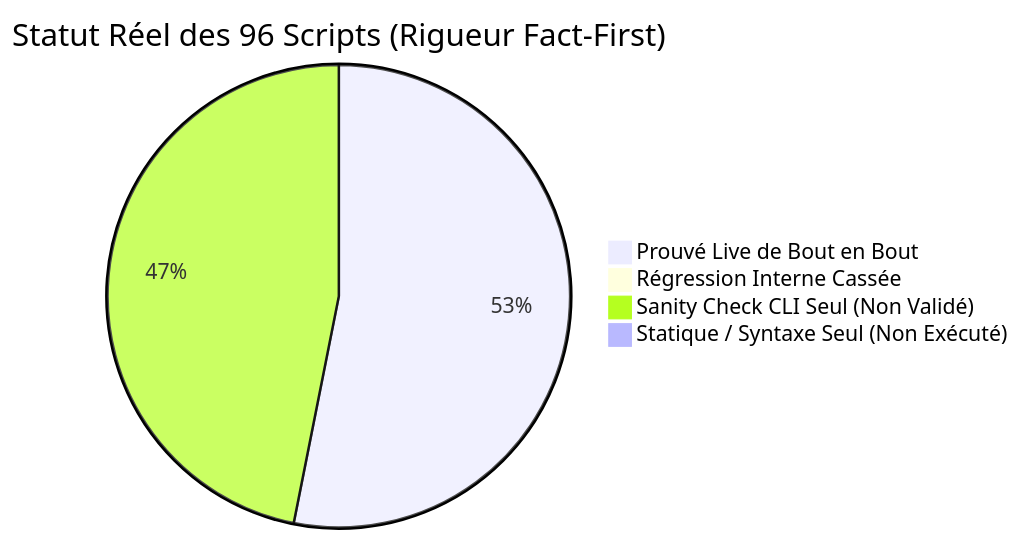
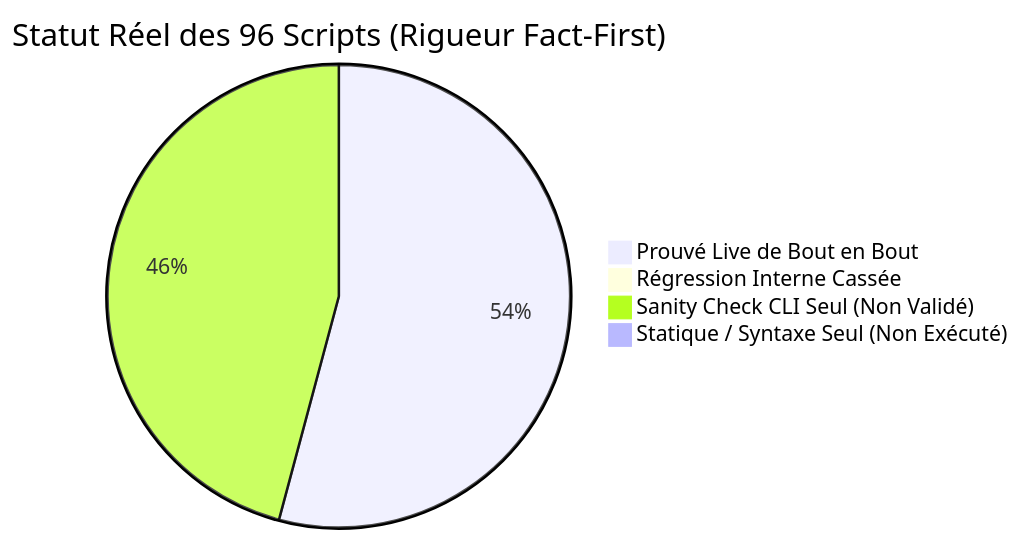
Before and after one commit to yoyonel/pydbsrt: the diagram in docs/reference/2026-11-10-audit-exhaustif-scripts-regressions.md, drawn with Mermaid. The commit also changed other lines of this file and 2 other files, not shown here.

First line of the commit message:
fix(workers): dynamic root, artifact paths and check in batch summary (#69)

````diff
--- a/docs/reference/2026-11-10-audit-exhaustif-scripts-regressions.md
+++ b/docs/reference/2026-11-10-audit-exhaustif-scripts-regressions.md
@@ -16,7 +16,7 @@
 ```mermaid
 pie title Statut Réel des 96 Scripts (Rigueur Fact-First)
-    "Prouvé Live de Bout en Bout" : 51
+    "Prouvé Live de Bout en Bout" : 52
     "Régression Interne Cassée" : 0
-    "Sanity Check CLI Seul (Non Validé)" : 45
+    "Sanity Check CLI Seul (Non Validé)" : 44
     "Statique / Syntaxe Seul (Non Exécuté)" : 0
 ```
````
